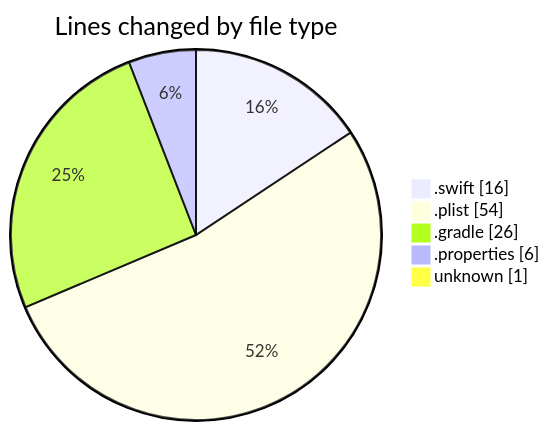
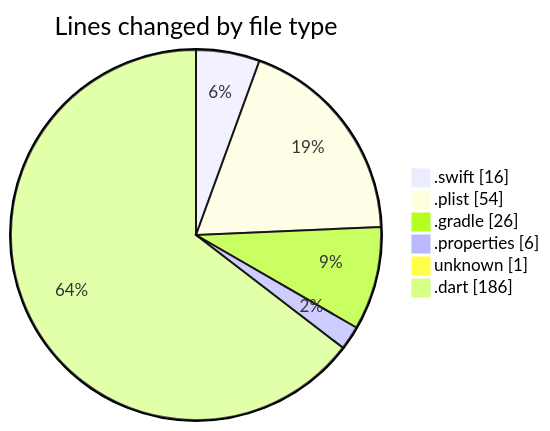
Before and after one commit to donsfak/code-tracking: the first of 2 diagrams in 2025-01-02/maps_clone/README.md, drawn with Mermaid. The commit also changed other lines of this file and 2 other files, not shown here.

````diff
--- a/2025-01-02/maps_clone/README.md
+++ b/2025-01-02/maps_clone/README.md
@@ -24,9 +26,10 @@
 ```mermaid
 pie showData
 title Lines changed by file type
 ".swift" : 16
 ".plist" : 54
 ".gradle" : 26
 ".properties" : 6
 "unknown" : 1
+".dart" : 186
 ```
````
